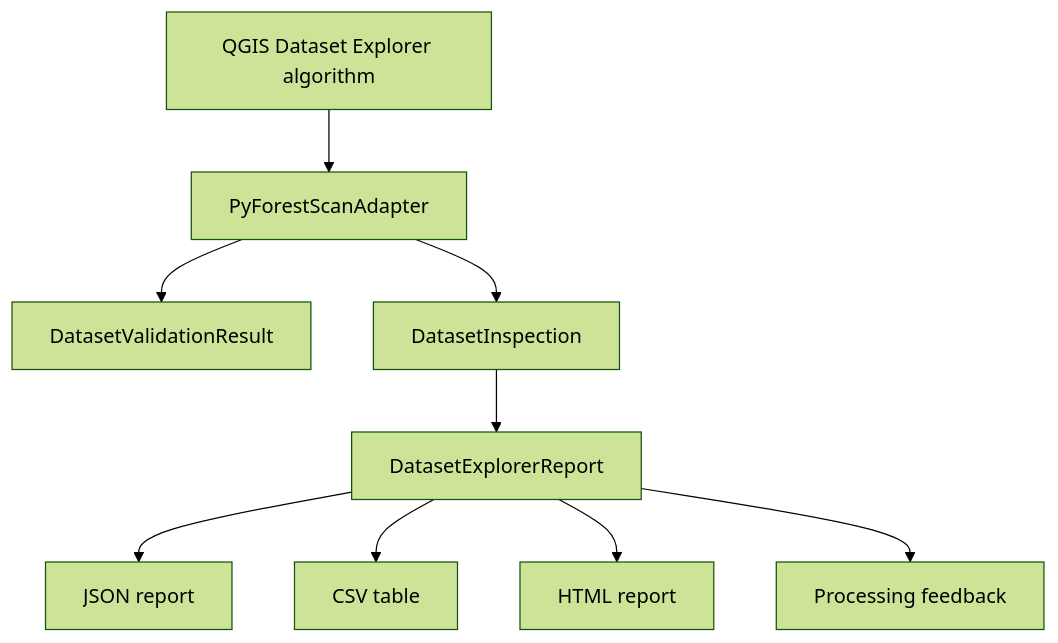
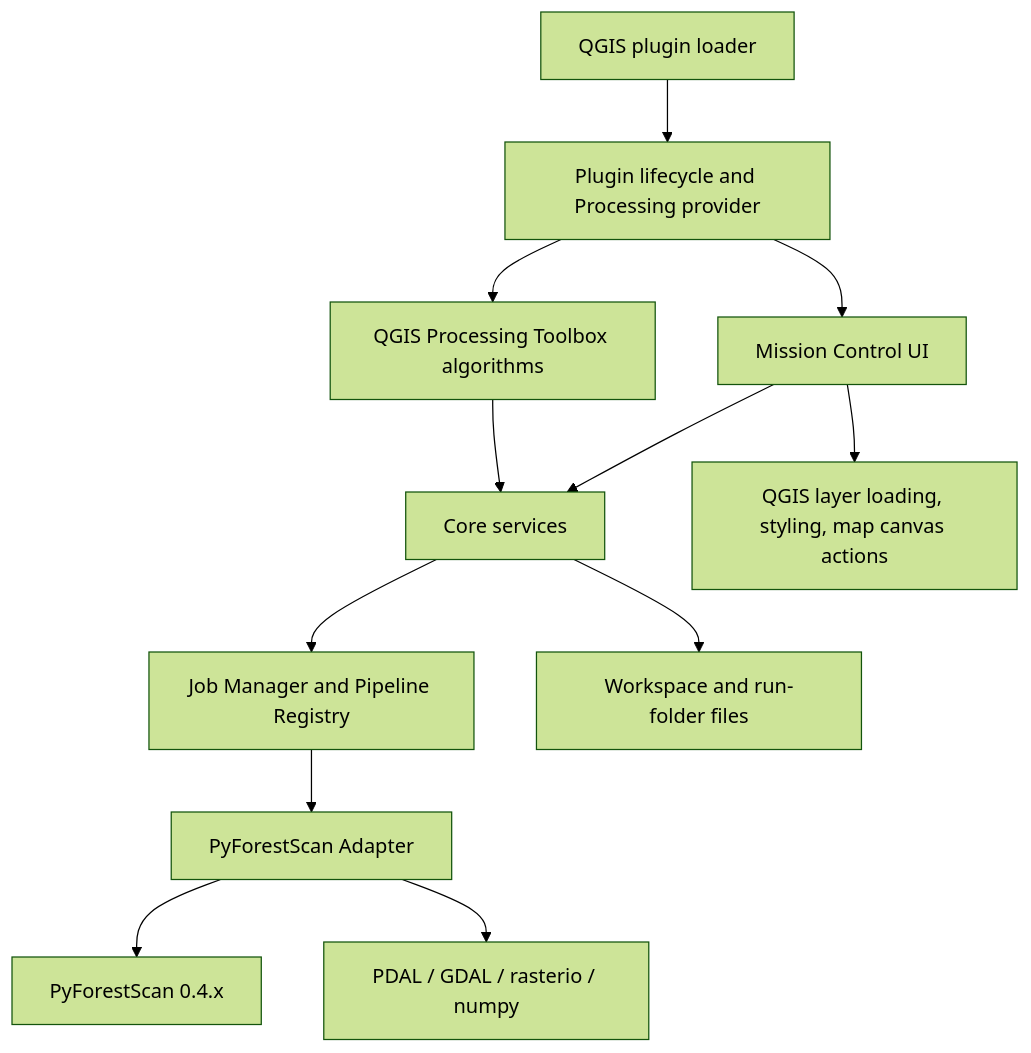
Before and after one commit to sticholas/pyforestscan-qgis: the first of 4 diagrams in docs/ARCHITECTURE.md, drawn with Mermaid (forest theme). The commit also changed other lines of this file and 41 other files, not shown here.

````diff
--- a/docs/ARCHITECTURE.md
+++ b/docs/ARCHITECTURE.md
@@ -56,11 +7,14 @@
 ```mermaid
 flowchart TD
-    A["QGIS Dataset Explorer algorithm"] --> B["PyForestScanAdapter"]
-    B --> C["DatasetValidationResult"]
-    B --> D["DatasetInspection"]
-    D --> E["DatasetExplorerReport"]
-    E --> F["JSON report"]
-    E --> G["CSV table"]
-    E --> H["HTML report"]
-    E --> I["Processing feedback"]
+    A["QGIS plugin loader"] --> B["Plugin lifecycle and Processing provider"]
+    B --> C["Mission Control UI"]
+    B --> D["QGIS Processing Toolbox algorithms"]
+    C --> E["Core services"]
+    D --> E
+    E --> F["Job Manager and Pipeline Registry"]
+    F --> G["PyForestScan Adapter"]
+    G --> H["PyForestScan 0.4.x"]
+    G --> I["PDAL / GDAL / rasterio / numpy"]
+    E --> J["Workspace and run-folder files"]
+    C --> K["QGIS layer loading, styling, map canvas actions"]
 ```
````
